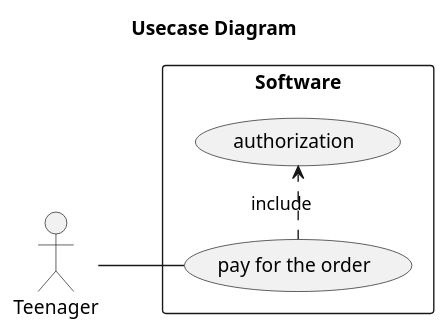
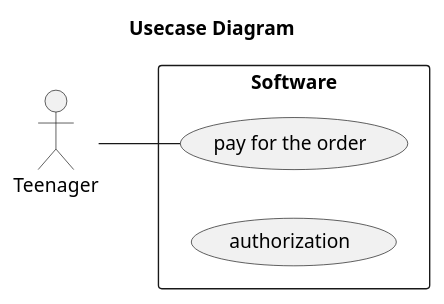
One commit to oleksandrblazhko/ai-216-perepelitsya changed the diagram in 2-SoftwareDesign/2.7-PlantUML/UML-UseCase.puml. Above: the diagram before and after it, drawn with PlantUML.

```diff
--- a/2-SoftwareDesign/2.7-PlantUML/UML-UseCase.puml
+++ b/2-SoftwareDesign/2.7-PlantUML/UML-UseCase.puml
@@ -1,18 +1,18 @@
 @startuml
 
 title Usecase Diagram
 
 left to right direction
 
 actor Teenager
 
 rectangle Software {
 
     usecase (pay for the order)
     usecase (authorization)
 
    :Teenager: -- (pay for the order)
-   (pay for the order) .> (authorization) : include
+   
 }
 
 @enduml
```
